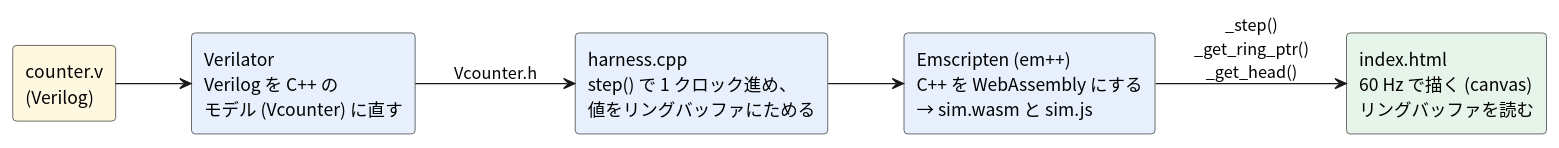
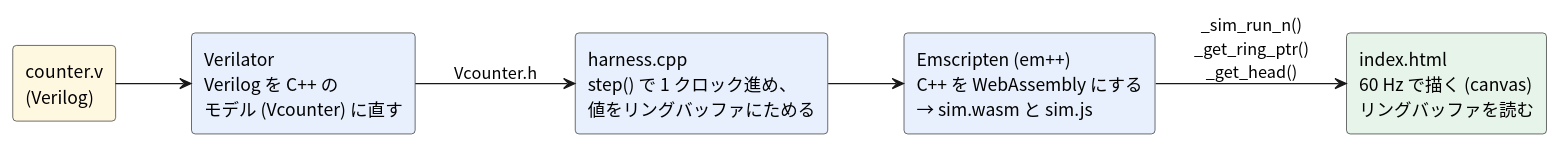
Before and after one commit to tommie-jp/tommie-circuit-workbook: the diagram in 06-fpga/04-soft-fpga-web/01-how-soft-fpga-works.md, drawn with PlantUML. The commit also changed other lines of this file, not shown here.

````diff
--- a/06-fpga/04-soft-fpga-web/01-how-soft-fpga-works.md
+++ b/06-fpga/04-soft-fpga-web/01-how-soft-fpga-works.md
@@ -21,21 +21,21 @@
 ```plantuml
 @startuml
 left to right direction
 skinparam shadowing false
 skinparam defaultFontName "Noto Sans CJK JP"
 skinparam rectangle {
   RoundCorner 6
 }
 
 rectangle "counter.v\n(Verilog)" as V #FFF8E1
 rectangle "Verilator\nVerilog を C++ の\nモデル (Vcounter) に直す" as VL #E8F0FE
 rectangle "harness.cpp\nstep() で 1 クロック進め、\n値をリングバッファにためる" as H #E8F0FE
 rectangle "Emscripten (em++)\nC++ を WebAssembly にする\n→ sim.wasm と sim.js" as EM #E8F0FE
 rectangle "index.html\n60 Hz で描く (canvas)\nリングバッファを読む" as WEB #E6F4EA
 
 V --> VL
 VL --> H : Vcounter.h
 H --> EM
-EM --> WEB : _step()\n_get_ring_ptr()\n_get_head()
+EM --> WEB : _sim_run_n()\n_get_ring_ptr()\n_get_head()
 @enduml
 ```
````
